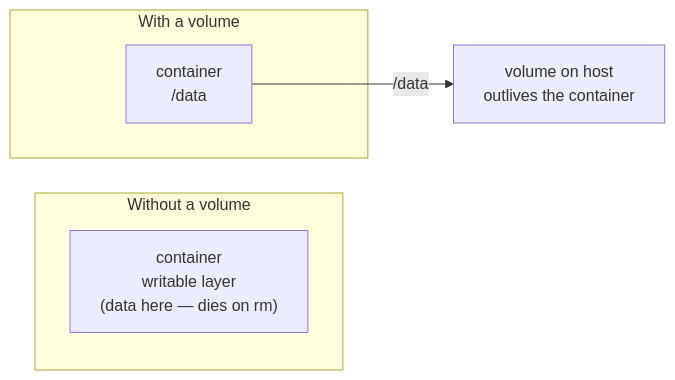
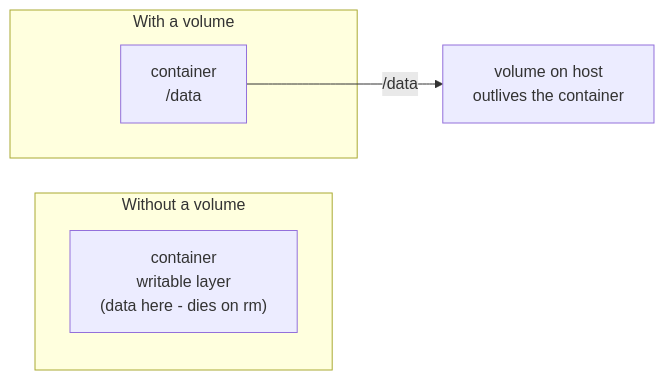
One commit to Topurrra/themissingmanual changed the diagram in guides/infrastructure/docker-without-the-magic/03-volumes-and-the-gotchas.md. Above: the diagram before and after it, drawn with Mermaid. The commit also changed other lines of this file and 1072 other files, not shown here.

````diff
--- a/guides/infrastructure/docker-without-the-magic/03-volumes-and-the-gotchas.md
+++ b/guides/infrastructure/docker-without-the-magic/03-volumes-and-the-gotchas.md
@@ -39,11 +39,11 @@
 ```mermaid
 flowchart LR
   subgraph WO["Without a volume"]
-    C1["container<br/>writable layer<br/>(data here — dies on rm)"]
+    C1["container<br/>writable layer<br/>(data here - dies on rm)"]
   end
   subgraph W["With a volume"]
     C2["container<br/>/data"]
   end
   V["volume on host<br/>outlives the container"]
   C2 -- "/data" --> V
 ```
````
